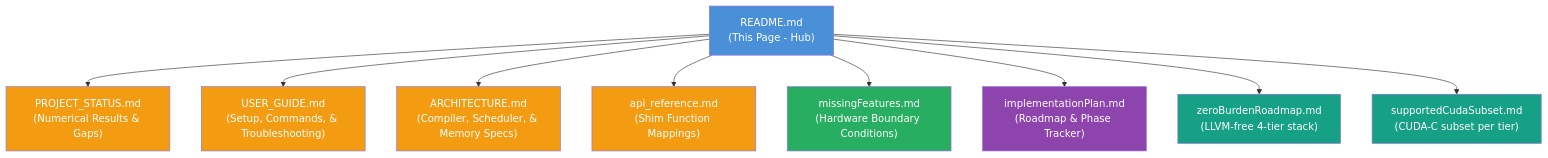
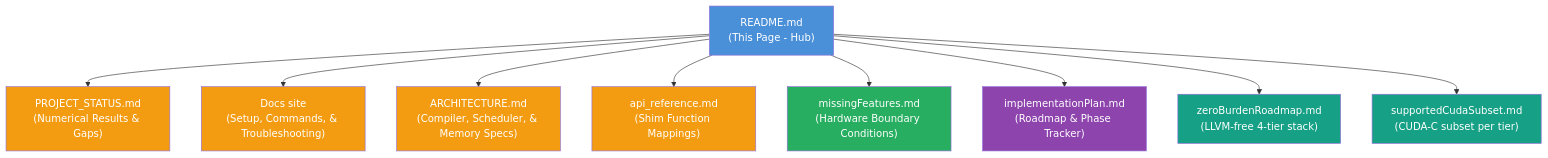
Before and after one commit to etienne0114/vgre: the diagram in docs/README.md, drawn with Mermaid. The commit also changed other lines of this file and 27 other files, not shown here.

First line of the commit message:
docs(site): migrate the User Guide onto the docs site; retire USER_GUIDE.md

````diff
--- a/docs/README.md
+++ b/docs/README.md
@@ -11,21 +11,21 @@
 ```mermaid
 graph TD
     A["README.md\n(This Page - Hub)"] --> B["PROJECT_STATUS.md\n(Numerical Results & Gaps)"]
-    A --> C["USER_GUIDE.md\n(Setup, Commands, & Troubleshooting)"]
+    A --> C["Docs site\n(Setup, Commands, & Troubleshooting)"]
     A --> D["ARCHITECTURE.md\n(Compiler, Scheduler, & Memory Specs)"]
     A --> E["api_reference.md\n(Shim Function Mappings)"]
     A --> F["missingFeatures.md\n(Hardware Boundary Conditions)"]
     A --> G["implementationPlan.md\n(Roadmap & Phase Tracker)"]
     A --> H["zeroBurdenRoadmap.md\n(LLVM-free 4-tier stack)"]
     A --> I["supportedCudaSubset.md\n(CUDA-C subset per tier)"]
 
     style A fill:#4a90d9,color:#fff
     style B fill:#f39c12,color:#fff
     style C fill:#f39c12,color:#fff
     style D fill:#f39c12,color:#fff
     style E fill:#f39c12,color:#fff
     style F fill:#27ae60,color:#fff
     style G fill:#8e44ad,color:#fff
     style H fill:#16a085,color:#fff
     style I fill:#16a085,color:#fff
 ```
````
